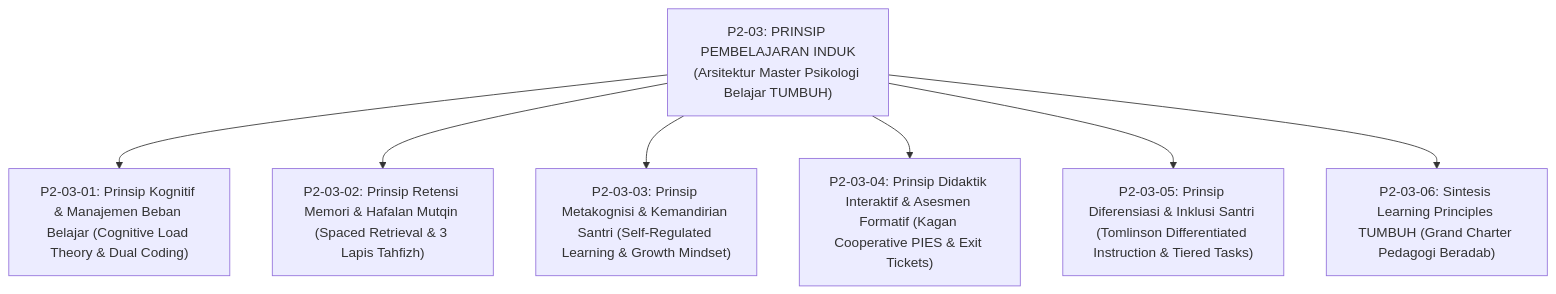
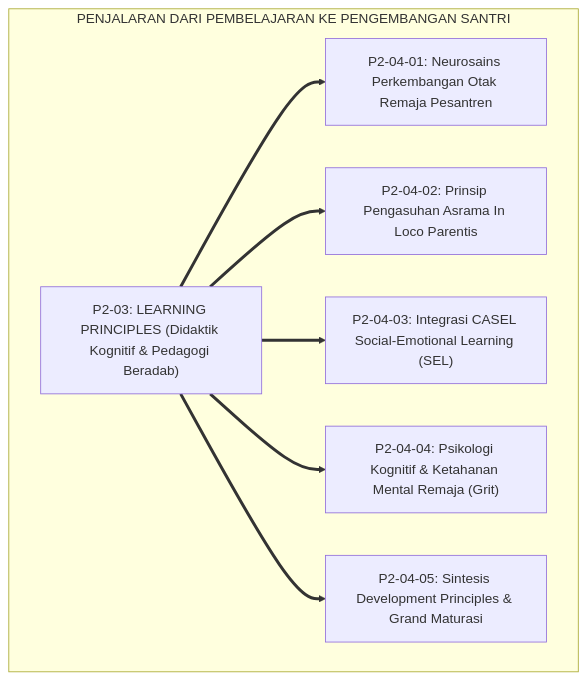
The third of 3 diagrams in 02 Principles/03 Learning Principles/P2-03-Prinsip-Psikologi-Belajar-TUMBUH.md (wandiapriliyandi/tumbuh), drawn with Mermaid before and after one commit. The commit also changed other lines of this file and 6 other files, not shown here.

Commit message:
docs(principles): reconstruct all 03 Learning Principles monographs to pure academic standard

````diff
--- a/02 Principles/03 Learning Principles/P2-03-Prinsip-Psikologi-Belajar-TUMBUH.md
+++ b/02 Principles/03 Learning Principles/P2-03-Prinsip-Psikologi-Belajar-TUMBUH.md
@@ -67,11 +166,12 @@
 ```mermaid
-graph TD
-    Master["P2-03: PRINSIP PEMBELAJARAN INDUK<br/>(Arsitektur Master Psikologi Belajar TUMBUH)"]
-    
-    Master --> M1["P2-03-01: Prinsip Kognitif & Manajemen Beban Belajar (Cognitive Load Theory & Dual Coding)"]
-    Master --> M2["P2-03-02: Prinsip Retensi Memori & Hafalan Mutqin (Spaced Retrieval & 3 Lapis Tahfizh)"]
-    Master --> M3["P2-03-03: Prinsip Metakognisi & Kemandirian Santri (Self-Regulated Learning & Growth Mindset)"]
-    Master --> M4["P2-03-04: Prinsip Didaktik Interaktif & Asesmen Formatif (Kagan Cooperative PIES & Exit Tickets)"]
-    Master --> M5["P2-03-05: Prinsip Diferensiasi & Inklusi Santri (Tomlinson Differentiated Instruction & Tiered Tasks)"]
-    Master --> M6["P2-03-06: Sintesis Learning Principles TUMBUH (Grand Charter Pedagogi Beradab)"]
+flowchart TD
+    subgraph PenjalaranLearningKeDevelopment["PENJALARAN DARI PEMBELAJARAN KE PENGEMBANGAN SANTRI"]
+        LearningMaster["P2-03: LEARNING PRINCIPLES (Didaktik Kognitif & Pedagogi Beradab)"]
+        
+        LearningMaster ==> P2_04_01["P2-04-01: Neurosains Perkembangan Otak Remaja Pesantren"]
+        LearningMaster ==> P2_04_02["P2-04-02: Prinsip Pengasuhan Asrama In Loco Parentis"]
+        LearningMaster ==> P2_04_03["P2-04-03: Integrasi CASEL Social-Emotional Learning (SEL)"]
+        LearningMaster ==> P2_04_04["P2-04-04: Psikologi Kognitif & Ketahanan Mental Remaja (Grit)"]
+        LearningMaster ==> P2_04_05["P2-04-05: Sintesis Development Principles & Grand Maturasi"]
+    end
 ```
````
